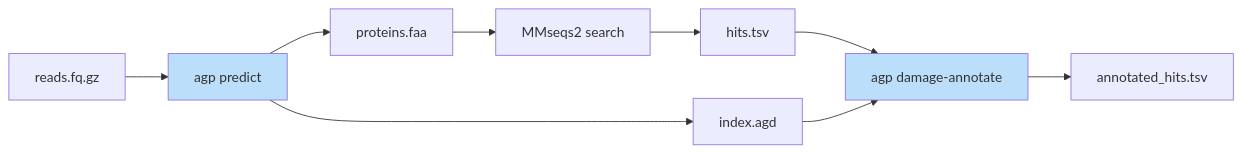
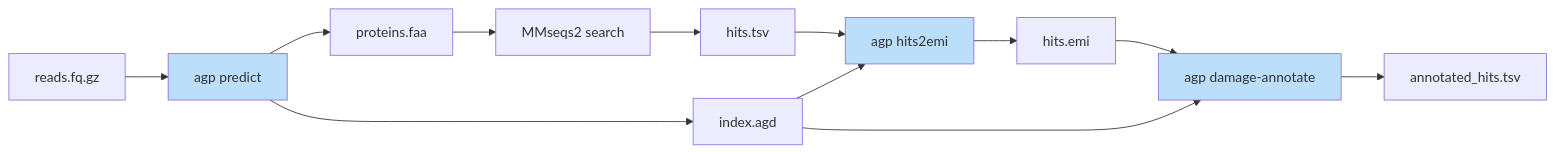
The first of 3 diagrams in README.md (genomewalker/dart), drawn with Mermaid before and after one commit. The commit also changed other lines of this file and 27 other files, not shown here.

````diff
--- a/README.md
+++ b/README.md
@@ -51,14 +51,18 @@
 ```mermaid
 flowchart LR
     A[reads.fq.gz] --> B[agp predict]
     B --> C[proteins.faa]
     B --> D[index.agd]
     C --> E[MMseqs2 search]
     E --> F[hits.tsv]
-    F --> G[agp damage-annotate]
+    F --> G[agp hits2emi]
+    G --> H[hits.emi]
+    H --> I[agp damage-annotate]
     D --> G
-    G --> H[annotated_hits.tsv]
+    D --> I
+    I --> J[annotated_hits.tsv]
 
     style B fill:#bbdefb
     style G fill:#bbdefb
+    style I fill:#bbdefb
 ```
````
